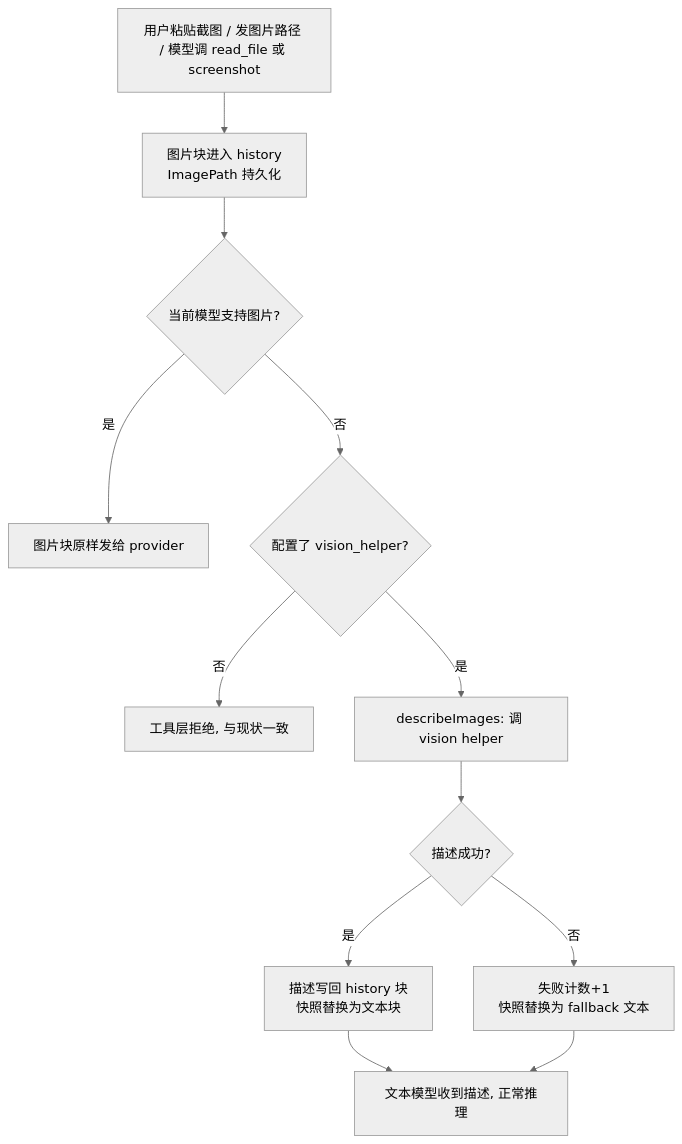
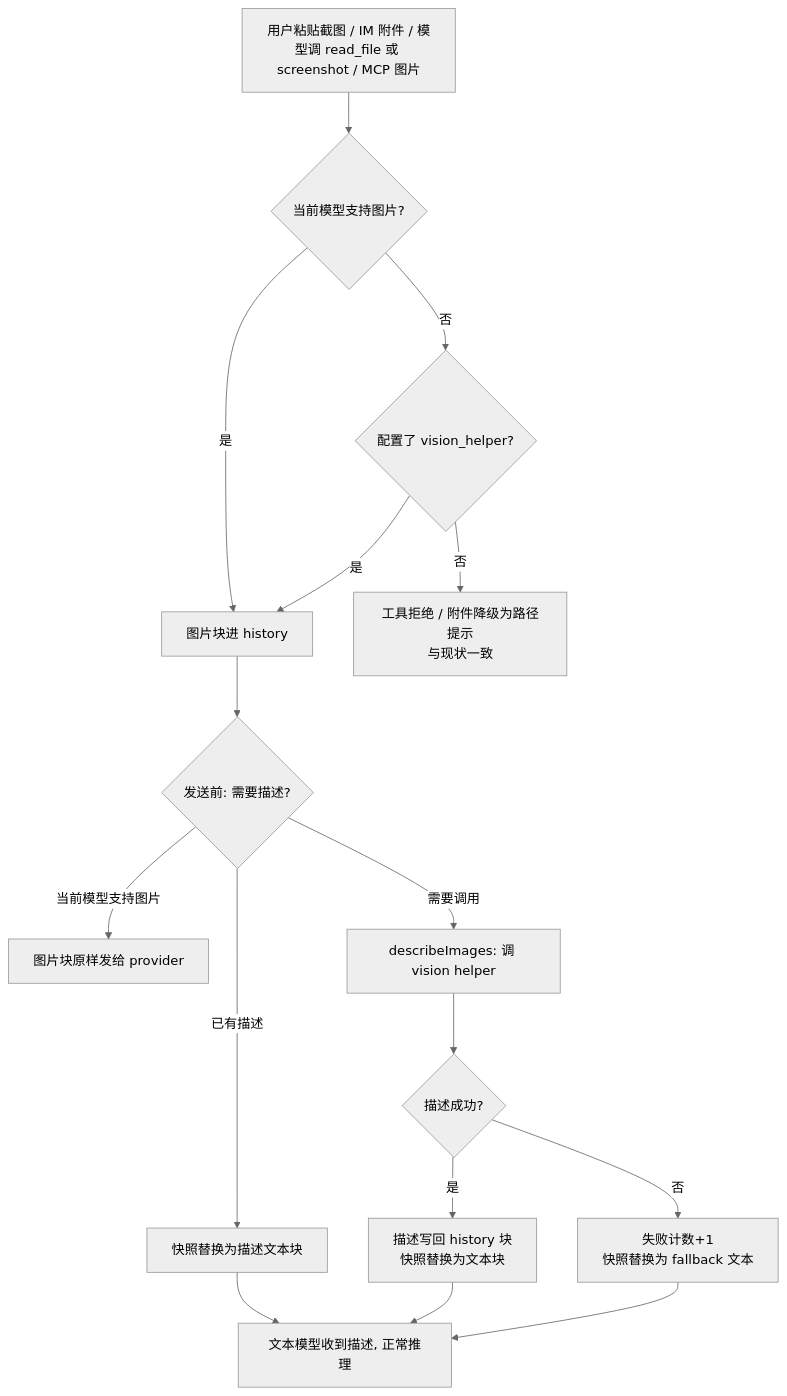
Before and after one commit to open-octo/octo-agent: the diagram in dev-docs/vision-helper-design.md, drawn with Mermaid (neutral theme). The commit also changed other lines of this file, not shown here.

First line of the commit message:
docs: correct vision-helper design against the actual codebase

````diff
--- a/dev-docs/vision-helper-design.md
+++ b/dev-docs/vision-helper-design.md
@@ -31,14 +32,18 @@
 ```mermaid
 flowchart TB
-    A[用户粘贴截图 / 发图片路径 / 模型调 read_file 或 screenshot] --> B[图片块进入 history<br/>ImagePath 持久化]
-    B --> C{当前模型支持图片?}
-    C -- 是 --> D[图片块原样发给 provider]
-    C -- 否 --> E{配置了 vision_helper?}
-    E -- 否 --> F[工具层拒绝, 与现状一致]
-    E -- 是 --> G[describeImages: 调 vision helper]
-    G --> H{描述成功?}
-    H -- 是 --> I[描述写回 history 块<br/>快照替换为文本块]
-    H -- 否 --> J[失败计数+1<br/>快照替换为 fallback 文本]
-    I --> K[文本模型收到描述, 正常推理]
-    J --> K
+    A[用户粘贴截图 / IM 附件 / 模型调 read_file 或 screenshot / MCP 图片] --> B{当前模型支持图片?}
+    B -- 是 --> C[图片块进 history]
+    B -- 否 --> D{配置了 vision_helper?}
+    D -- 否 --> E[工具拒绝 / 附件降级为路径提示<br/>与现状一致]
+    D -- 是 --> C
+    C --> F{发送前: 需要描述?}
+    F -- 当前模型支持图片 --> G[图片块原样发给 provider]
+    F -- 已有描述 --> H[快照替换为描述文本块]
+    F -- 需要调用 --> I[describeImages: 调 vision helper]
+    I --> J{描述成功?}
+    J -- 是 --> K[描述写回 history 块<br/>快照替换为文本块]
+    J -- 否 --> L[失败计数+1<br/>快照替换为 fallback 文本]
+    H --> M[文本模型收到描述, 正常推理]
+    K --> M
+    L --> M
 ```
````
